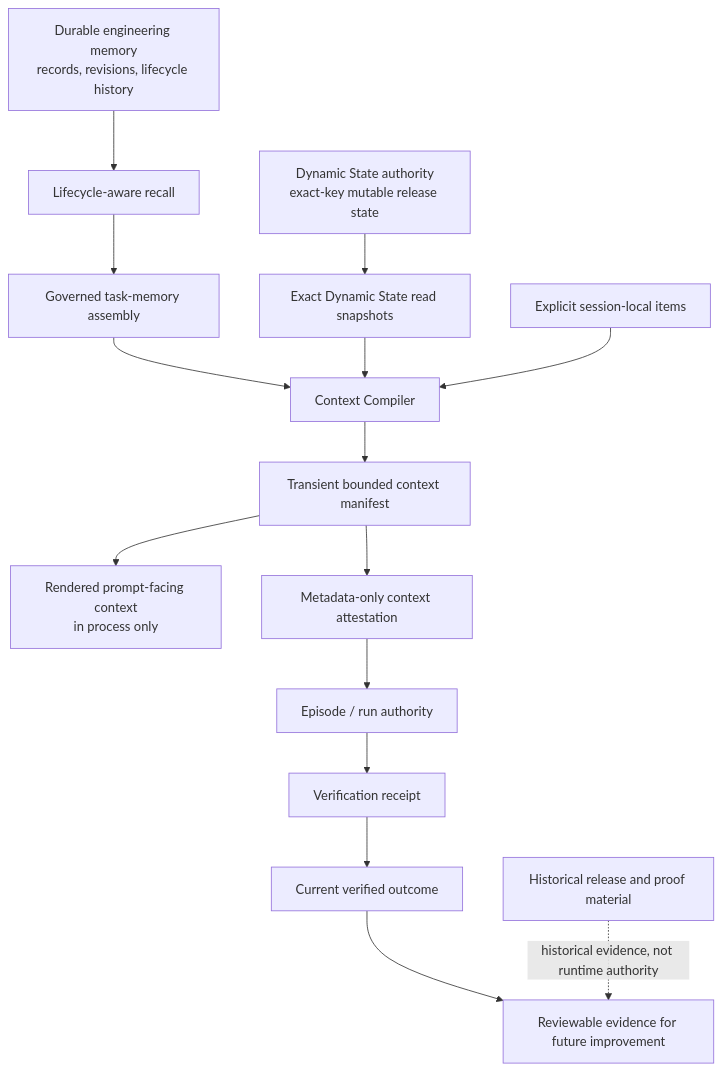
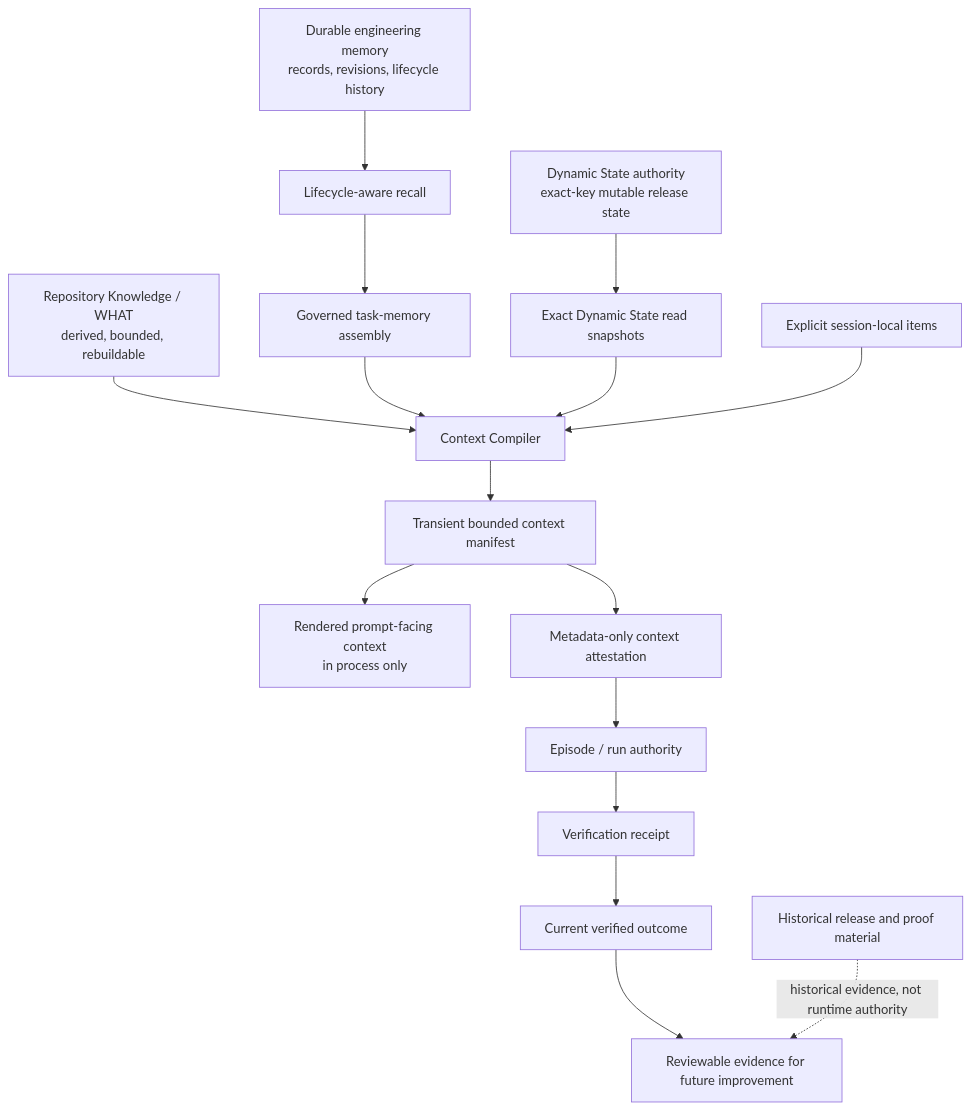
One commit to zzhang82/Agent-Memory-Bridge changed the diagram in docs/ARCHITECTURE.md. Above: the diagram before and after it, drawn with Mermaid. The commit also changed other lines of this file and 13 other files, not shown here.

````diff
--- a/docs/ARCHITECTURE.md
+++ b/docs/ARCHITECTURE.md
@@ -9,18 +9,19 @@
 ```mermaid
 flowchart TD
     A[Durable engineering memory<br/>records, revisions, lifecycle history] --> C[Lifecycle-aware recall]
+    R[Repository Knowledge / WHAT<br/>derived, bounded, rebuildable] --> F
     B[Dynamic State authority<br/>exact-key mutable release state] --> D
     C --> E[Governed task-memory assembly]
     E --> F[Context Compiler]
     D[Exact Dynamic State read snapshots] --> F
     S[Explicit session-local items] --> F
     F --> G[Transient bounded context manifest]
     G --> H[Rendered prompt-facing context<br/>in process only]
     G --> I[Metadata-only context attestation]
     I --> J[Episode / run authority]
     J --> K[Verification receipt]
     K --> L[Current verified outcome]
     L --> M[Reviewable evidence for future improvement]
 
     N[Historical release and proof material] -. historical evidence, not runtime authority .-> M
 ```
````
